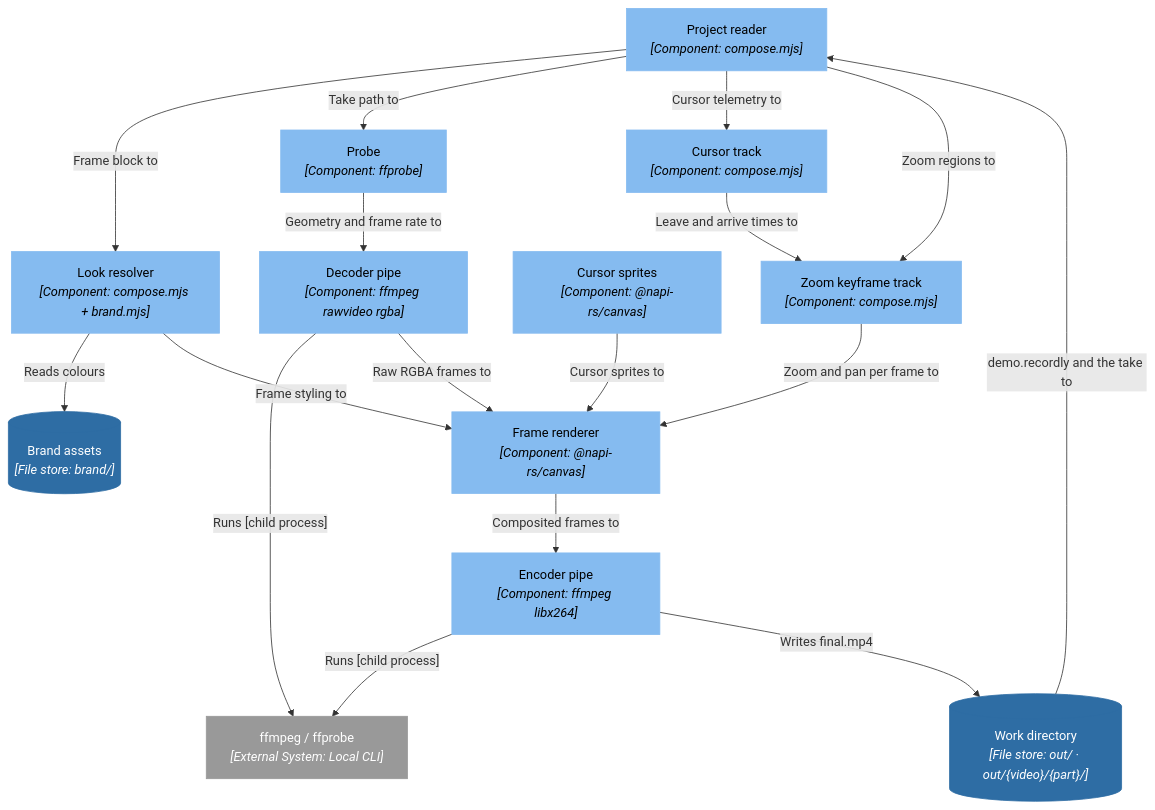
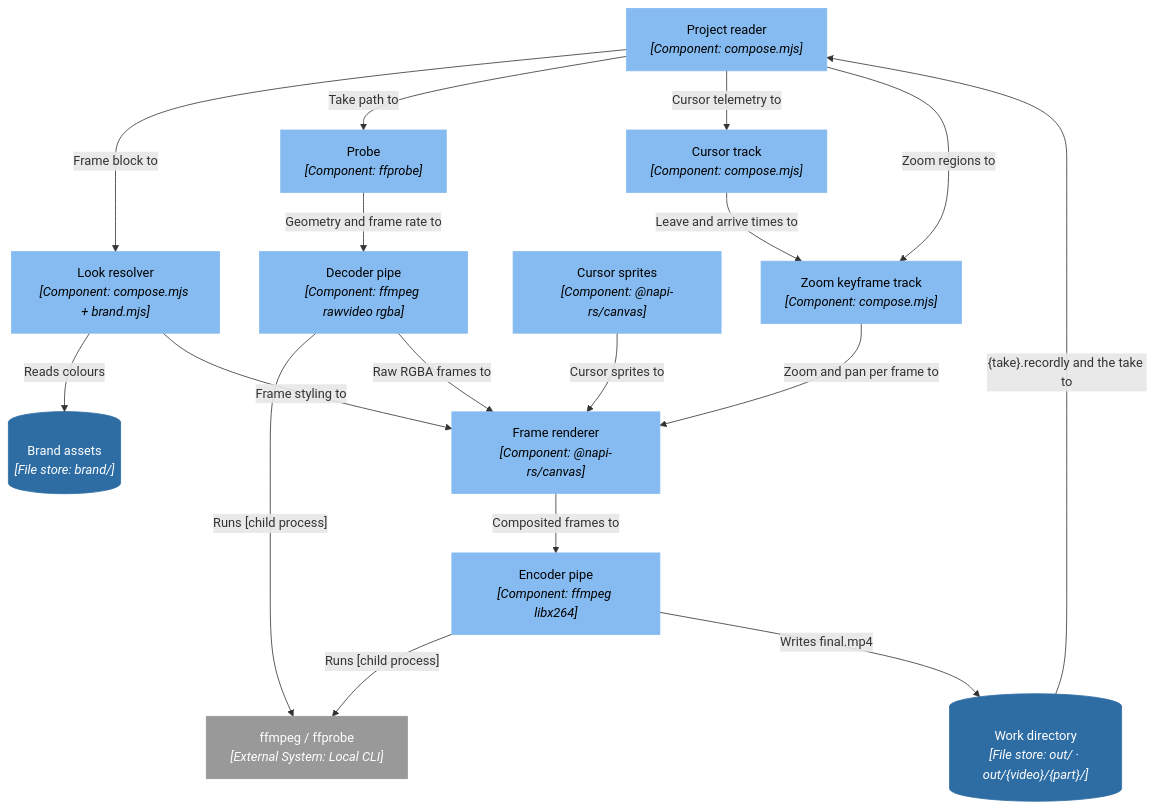
Before and after one commit to ssunduko/product-video: the eighth of 13 diagrams in docs/C4.md, drawn with Mermaid. The commit also changed other lines of this file and 16 other files, not shown here.

````diff
--- a/docs/C4.md
+++ b/docs/C4.md
@@ -552,40 +552,40 @@
 ```mermaid
 flowchart TD
   n72["Project reader<br/><i>[Component: compose.mjs]</i>"]
   n73["Look resolver<br/><i>[Component: compose.mjs + brand.mjs]</i>"]
   n74["Probe<br/><i>[Component: ffprobe]</i>"]
   n75["Cursor track<br/><i>[Component: compose.mjs]</i>"]
   n76["Zoom keyframe track<br/><i>[Component: compose.mjs]</i>"]
   n77["Cursor sprites<br/><i>[Component: @napi-rs/canvas]</i>"]
   n78["Frame renderer<br/><i>[Component: @napi-rs/canvas]</i>"]
   n79["Decoder pipe<br/><i>[Component: ffmpeg rawvideo rgba]</i>"]
   n80["Encoder pipe<br/><i>[Component: ffmpeg libx264]</i>"]
   n22[("Work directory<br/><i>[File store: out/ · out/{video}/{part}/]</i>")]
   n21[("Brand assets<br/><i>[File store: brand/]</i>")]
   n5["ffmpeg / ffprobe<br/><i>[External System: Local CLI]</i>"]
-  n22 -->|"demo.recordly and the take to"| n72
+  n22 -->|"{take}.recordly and the take to"| n72
   n73 -->|"Reads colours"| n21
   n72 -->|"Frame block to"| n73
   n72 -->|"Take path to"| n74
   n72 -->|"Cursor telemetry to"| n75
   n72 -->|"Zoom regions to"| n76
   n75 -->|"Leave and arrive times to"| n76
   n74 -->|"Geometry and frame rate to"| n79
   n79 -->|"Runs [child process]"| n5
   n79 -->|"Raw RGBA frames to"| n78
   n76 -->|"Zoom and pan per frame to"| n78
   n77 -->|"Cursor sprites to"| n78
   n73 -->|"Frame styling to"| n78
   n78 -->|"Composited frames to"| n80
   n80 -->|"Runs [child process]"| n5
   n80 -->|"Writes final.mp4"| n22
   classDef person fill:#08427b,stroke:#08427b,color:#ffffff;
   classDef system fill:#1168bd,stroke:#1168bd,color:#ffffff;
   classDef external fill:#999999,stroke:#999999,color:#ffffff;
   classDef container fill:#438dd5,stroke:#438dd5,color:#ffffff;
   classDef store fill:#2e6da4,stroke:#2e6da4,color:#ffffff;
   classDef component fill:#85bbf0,stroke:#85bbf0,color:#000000;
   class n5 external;
   class n22,n21 store;
   class n72,n73,n74,n75,n76,n77,n78,n79,n80 component;
 ```
````
